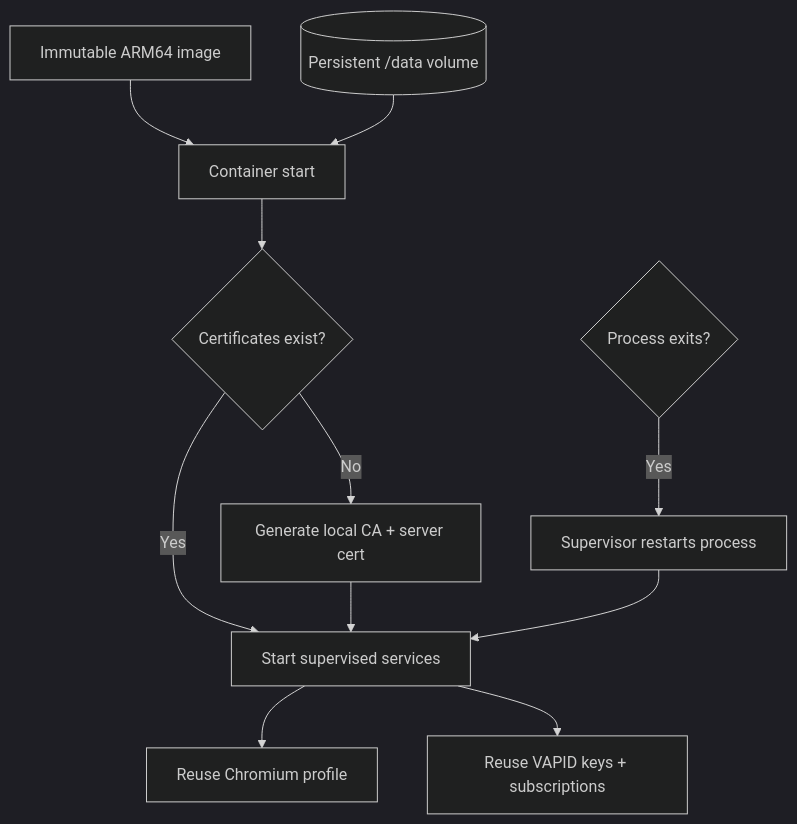
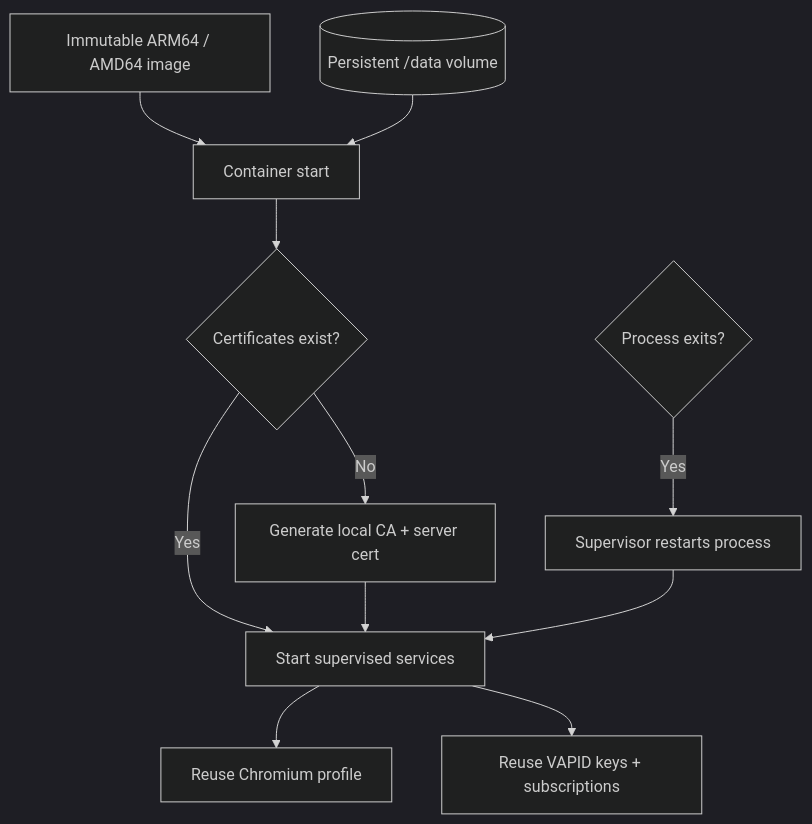
Before and after one commit to fkiller/snowball: the sixth of 6 diagrams in ARCHITECTURE.md, drawn with Mermaid (dark theme). The commit also changed other lines of this file and 45 other files, not shown here.

````diff
--- a/ARCHITECTURE.md
+++ b/ARCHITECTURE.md
@@ -206,13 +206,13 @@
 ```mermaid
 flowchart TD
-    Build["Immutable ARM64 image"] --> Start["Container start"]
+    Build["Immutable ARM64 / AMD64 image"] --> Start["Container start"]
     Volume[("Persistent /data volume")] --> Start
     Start --> Certs{"Certificates exist?"}
     Certs -->|No| Generate["Generate local CA + server cert"]
     Certs -->|Yes| Services["Start supervised services"]
     Generate --> Services
     Services --> Profile["Reuse Chromium profile"]
     Services --> PushState["Reuse VAPID keys + subscriptions"]
     Failure{"Process exits?"} -->|Yes| Restart["Supervisor restarts process"]
     Restart --> Services
 ```
````
